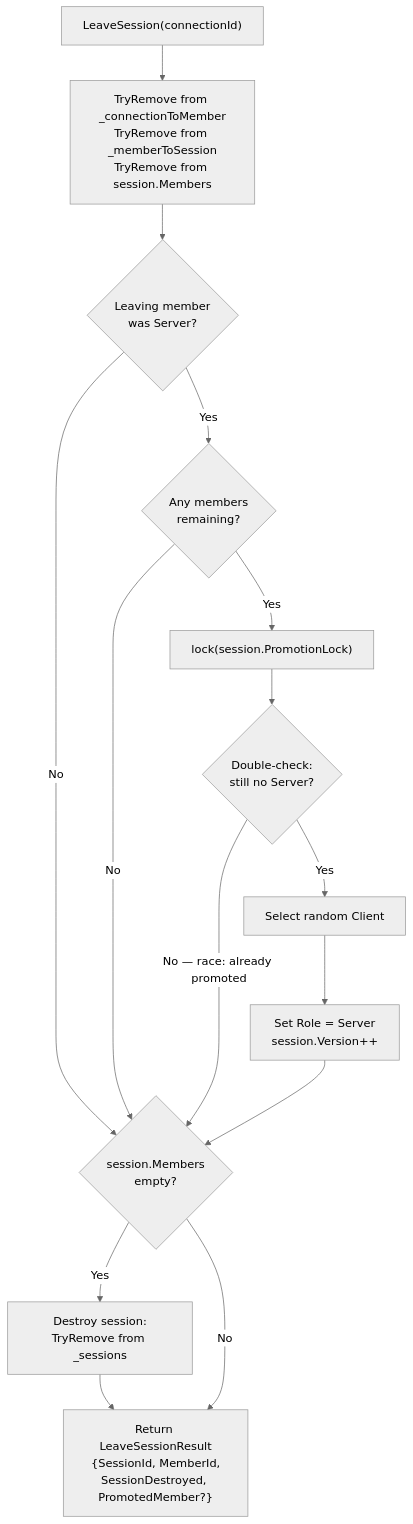
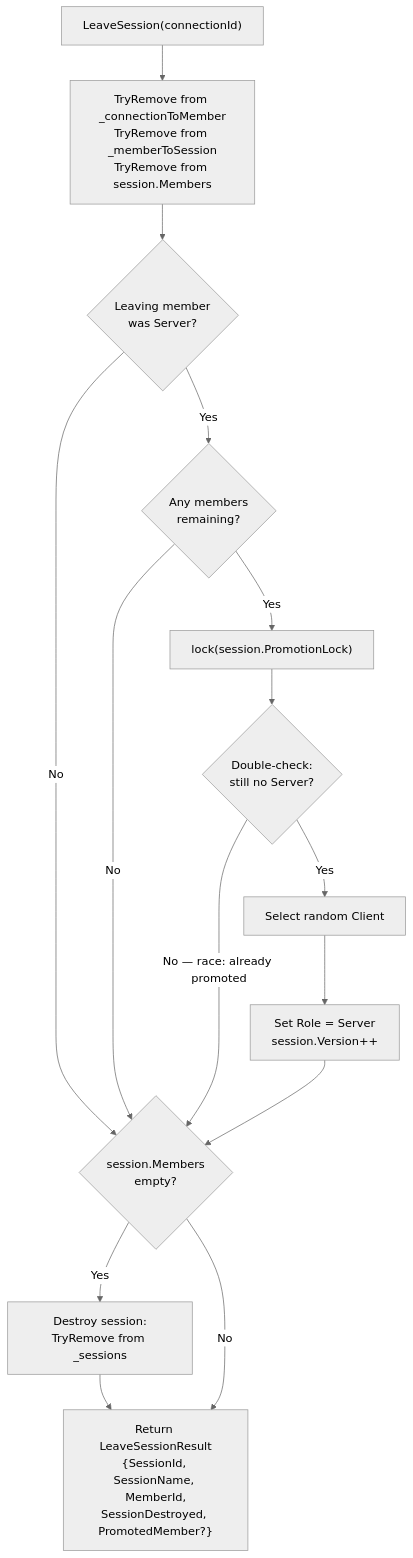
The sixth of 32 diagrams in ARCHITECTURE.md (badvoidstar/asteroids), drawn with Mermaid (neutral theme) before and after one commit. The commit also changed other lines of this file, not shown here.

Commit message:
Update ARCHITECTURE.md to reflect recent codebase changes

````diff
--- a/ARCHITECTURE.md
+++ b/ARCHITECTURE.md
@@ -147,24 +147,24 @@
 ```mermaid
 flowchart TB
     L1["LeaveSession(connectionId)"]
     L2["TryRemove from _connectionToMember<br/>TryRemove from _memberToSession<br/>TryRemove from session.Members"]
     L3{"Leaving member<br/>was Server?"}
     L4{"Any members<br/>remaining?"}
     L5["lock(session.PromotionLock)"]
     L6{"Double-check:<br/>still no Server?"}
     L7["Select random Client"]
     L8["Set Role = Server<br/>session.Version++"]
     L9{"session.Members<br/>empty?"}
     L10["Destroy session:<br/>TryRemove from _sessions"]
-    L11["Return LeaveSessionResult<br/>{SessionId, MemberId,<br/>SessionDestroyed, PromotedMember?}"]
+    L11["Return LeaveSessionResult<br/>{SessionId, SessionName, MemberId,<br/>SessionDestroyed, PromotedMember?}"]
 
     L1 --> L2 --> L3
     L3 -->|No| L9
     L3 -->|Yes| L4
     L4 -->|No| L9
     L4 -->|Yes| L5 --> L6
     L6 -->|"No — race: already promoted"| L9
     L6 -->|Yes| L7 --> L8 --> L9
     L9 -->|Yes| L10 --> L11
     L9 -->|No| L11
 ```
````
